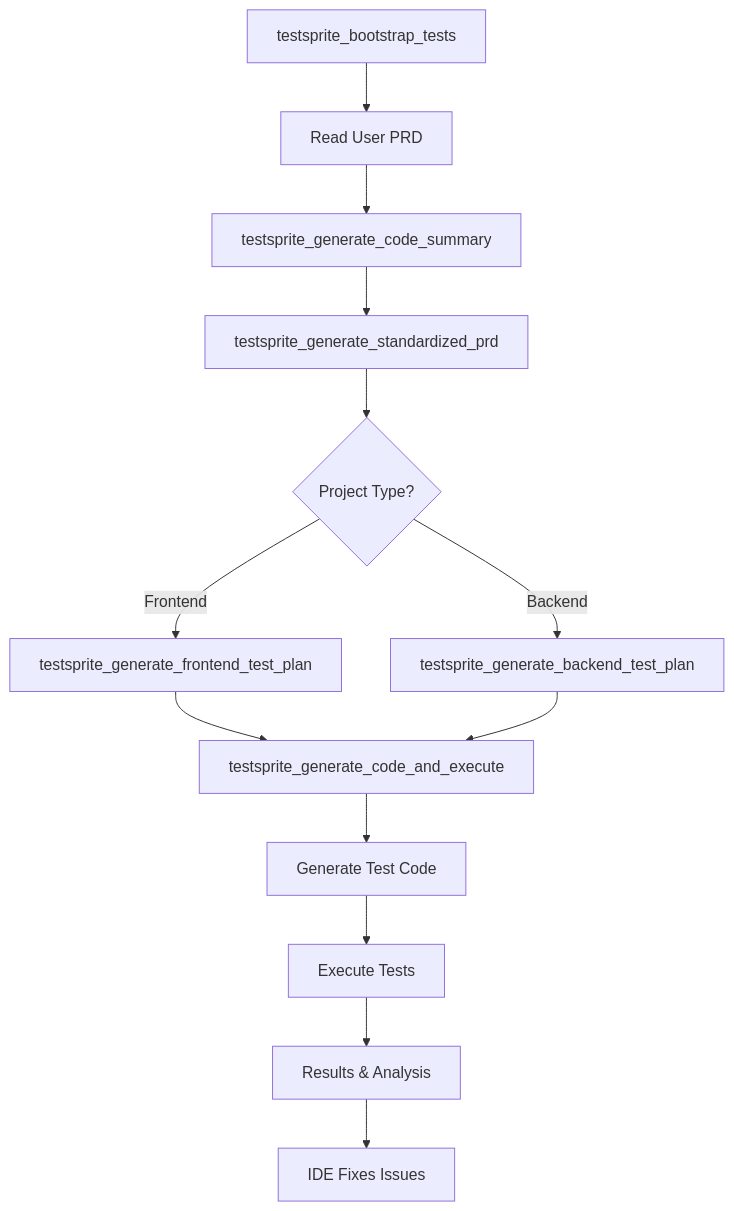
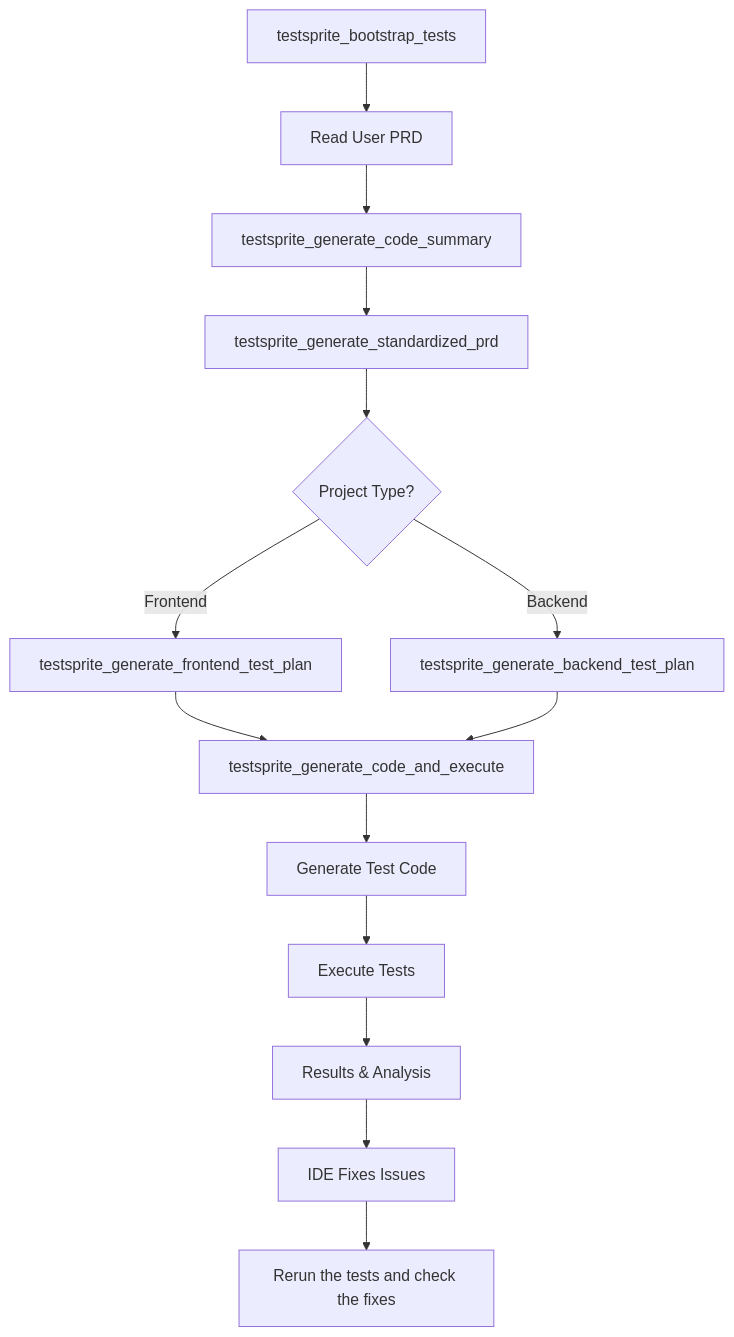
One commit to TestSprite/Docs changed the diagram in concepts/tools.mdx. Above: the diagram before and after it, drawn with Mermaid. The commit also changed other lines of this file, not shown here.

Commit message:
add content for the rerun tool

````diff
--- a/concepts/tools.mdx
+++ b/concepts/tools.mdx
@@ -199,15 +230,16 @@
 ```mermaid
 graph TD
     A[testsprite_bootstrap_tests] --> B[Read User PRD]
     B --> C[testsprite_generate_code_summary]
     C --> D[testsprite_generate_standardized_prd]
     D --> E{Project Type?}
     E -->|Frontend| F[testsprite_generate_frontend_test_plan]
     E -->|Backend| G[testsprite_generate_backend_test_plan]
     F --> H[testsprite_generate_code_and_execute]
     G --> H
     H --> I[Generate Test Code]
     I --> J[Execute Tests]
     J --> K[Results & Analysis]
     K --> L[IDE Fixes Issues]
+    L --> M[Rerun the tests and check the fixes]
 ```
````
